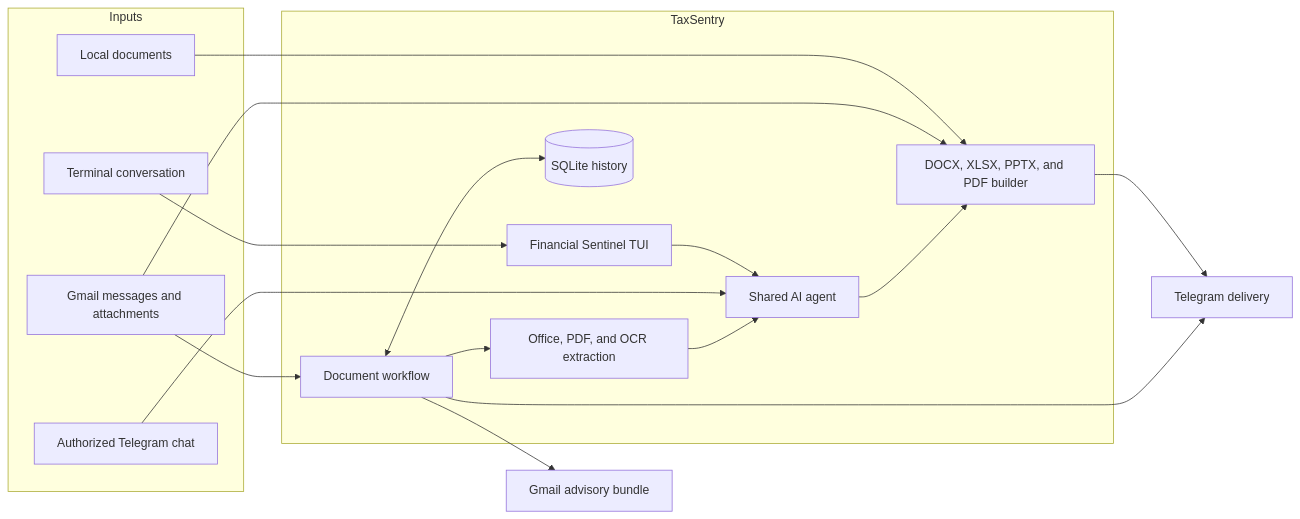
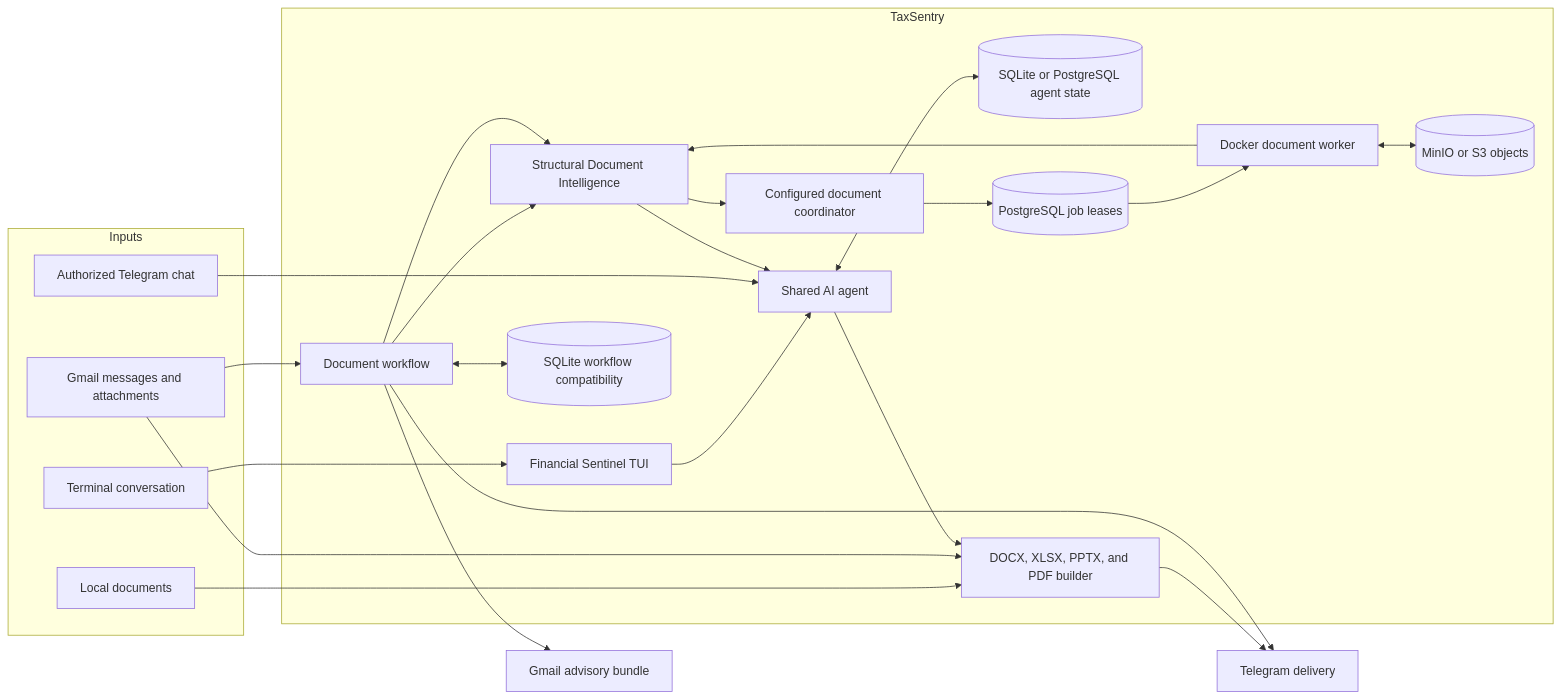
The first of 4 diagrams in README.md (thienan230427/TaxSentry), drawn with Mermaid before and after one commit. The commit also changed other lines of this file and 6 other files, not shown here.

````diff
--- a/README.md
+++ b/README.md
@@ -28,29 +31,39 @@
 ```mermaid
 flowchart LR
     subgraph Inputs
         Terminal["Terminal conversation"]
         Gmail["Gmail messages and attachments"]
         Files["Local documents"]
         TelegramIn["Authorized Telegram chat"]
     end
 
     subgraph TaxSentry
         TUI["Financial Sentinel TUI"]
         Agent["Shared AI agent"]
         Workflow["Document workflow"]
-        Extract["Office, PDF, and OCR extraction"]
-        Store[("SQLite history")]
+        Extract["Structural Document Intelligence"]
+        Store[("SQLite workflow compatibility")]
+        AgentStore[("SQLite or PostgreSQL agent state")]
+        Coordinator["Configured document coordinator"]
+        Queue[("PostgreSQL job leases")]
+        DistributedWorker["Docker document worker"]
+        Objects[("MinIO or S3 objects")]
         Artifacts["DOCX, XLSX, PPTX, and PDF builder"]
     end
 
     Terminal --> TUI --> Agent
     TelegramIn --> Agent
+    Agent <--> AgentStore
     Gmail --> Workflow --> Extract --> Agent
     Files --> Artifacts
     Gmail --> Artifacts
     Agent --> Artifacts
     Workflow <--> Store
+    Workflow --> Extract
+    Extract --> Coordinator --> Queue --> DistributedWorker
+    DistributedWorker --> Extract
+    DistributedWorker <--> Objects
     Artifacts --> TelegramOut["Telegram delivery"]
     Workflow --> GmailOut["Gmail advisory bundle"]
     Workflow --> TelegramOut
 ```
````
